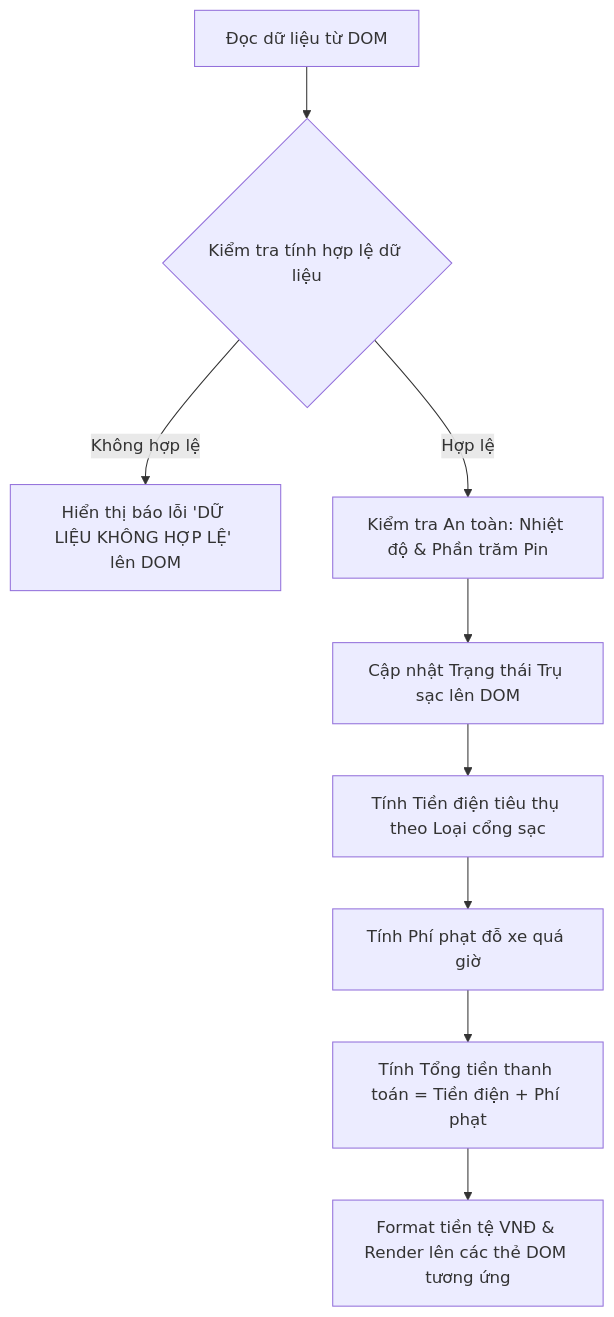
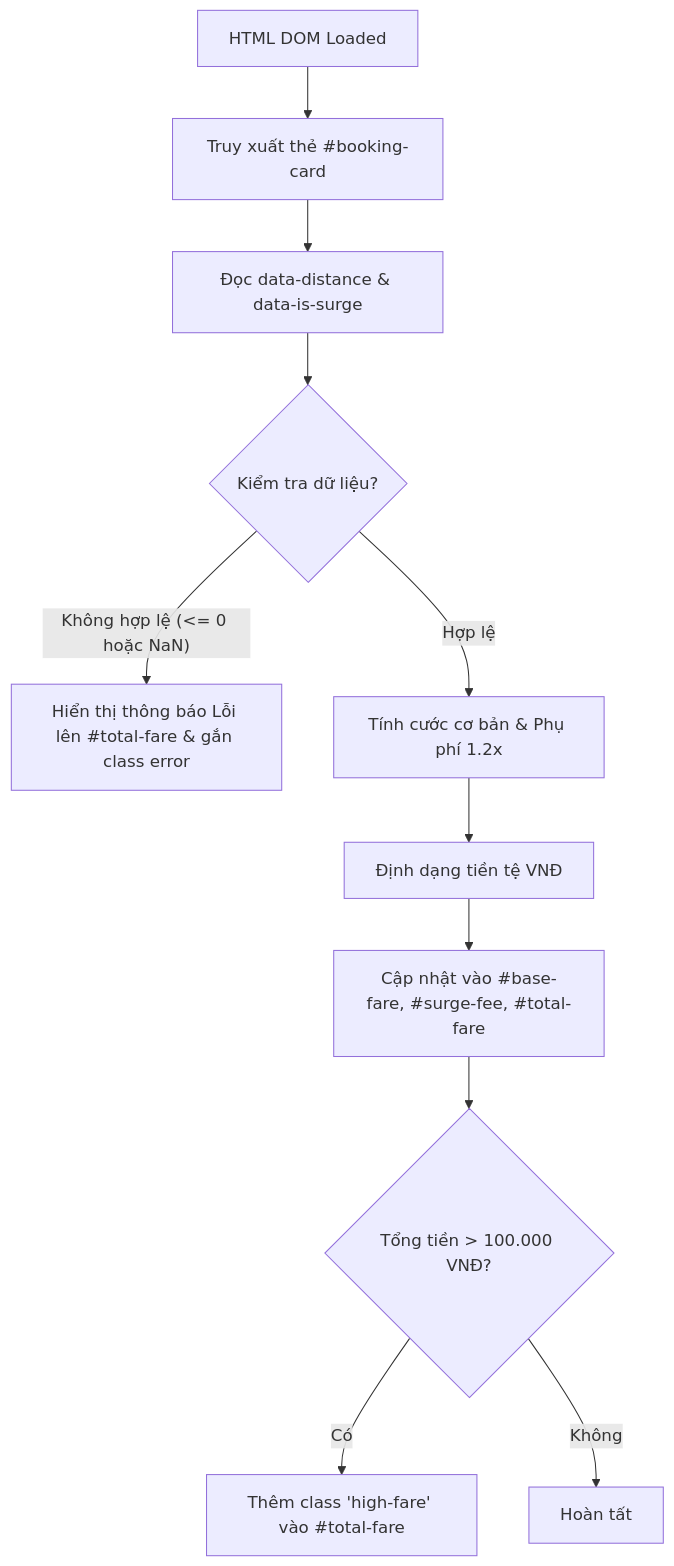
Before and after one commit to ngoquy12/learning_material: the diagram in output/pms/Phát_triển_ứng_dụng_web/Session 17 - Tương tác DOM API (Document Object Model)- Truy xuất và Thay đổi Nội dung/Bài tập/bai_tap_6.md, drawn with Mermaid. The commit also changed other lines of this file and 152 other files, not shown here.

Commit message:
feat(domain): implement Session Domain Anchor Architecture for 100% unified domain consistency across all session resources

````diff
--- a/output/pms/Phát_triển_ứng_dụng_web/Session 17 - Tương tác DOM API (Document Object Model)- Truy xuất và Thay đổi Nội dung/Bài tập/bai_tap_6.md
+++ b/output/pms/Phát_triển_ứng_dụng_web/Session 17 - Tương tác DOM API (Document Object Model)- Truy xuất và Thay đổi Nội dung/Bài tập/bai_tap_6.md
@@ -17,11 +19,13 @@
 ```mermaid
-flowchart TD
-    A[Đọc dữ liệu từ DOM] --> B{Kiểm tra tính hợp lệ dữ liệu}
-    B -- Không hợp lệ --> C[Hiển thị báo lỗi 'DỮ LIỆU KHÔNG HỢP LỆ' lên DOM]
-    B -- Hợp lệ --> D[Kiểm tra An toàn: Nhiệt độ & Phần trăm Pin]
-    D --> E[Cập nhật Trạng thái Trụ sạc lên DOM]
-    E --> F[Tính Tiền điện tiêu thụ theo Loại cổng sạc]
-    F --> G[Tính Phí phạt đỗ xe quá giờ]
-    G --> H[Tính Tổng tiền thanh toán = Tiền điện + Phí phạt]
-    H --> I[Format tiền tệ VNĐ & Render lên các thẻ DOM tương ứng]
+graph TD
+    A[HTML DOM Loaded] --> B[Truy xuất thẻ #booking-card]
+    B --> C[Đọc data-distance & data-is-surge]
+    C --> D{Kiểm tra dữ liệu?}
+    D -- Không hợp lệ (<= 0 hoặc NaN) --> E[Hiển thị thông báo Lỗi lên #total-fare & gắn class error]
+    D -- Hợp lệ --> F[Tính cước cơ bản & Phụ phí 1.2x]
+    F --> G[Định dạng tiền tệ VNĐ]
+    G --> H[Cập nhật vào #base-fare, #surge-fee, #total-fare]
+    H --> I{Tổng tiền > 100.000 VNĐ?}
+    I -- Có --> J[Thêm class 'high-fare' vào #total-fare]
+    I -- Không --> K[Hoàn tất]
 ```
````
